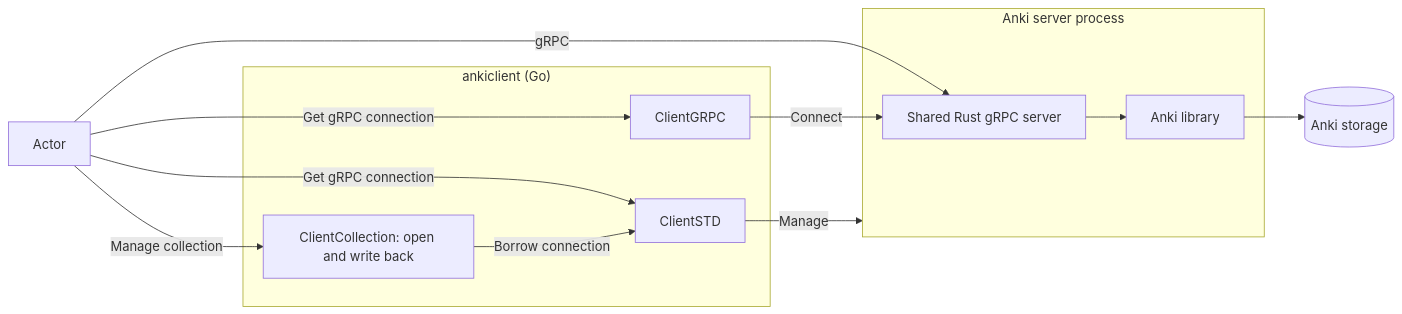
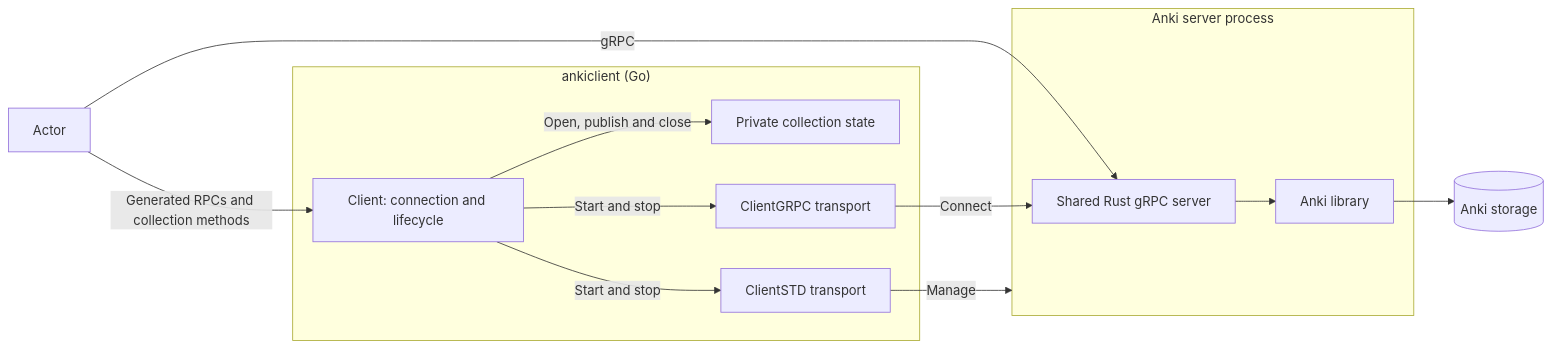
One commit to alwaldend/src changed the diagram in projects/anki_grpc/docs/architecture.mmd. Above: the diagram before and after it, drawn with Mermaid. The commit also changed 70 other files, not shown here.

```diff
--- a/projects/anki_grpc/docs/architecture.mmd
+++ b/projects/anki_grpc/docs/architecture.mmd
@@ -1,19 +1,20 @@
 flowchart LR
     actor[Actor]
     subgraph anki_grpc_library["ankiclient (Go)"]
-        backend[ClientSTD]
-        connection[ClientGRPC]
-        collection[ClientCollection: open and write back]
+        client[Client: connection and lifecycle]
+        collection[Private collection state]
+        process[ClientSTD transport]
+        connection[ClientGRPC transport]
+        client -->|Open, publish and close| collection
+        client -->|Start and stop| process
+        client -->|Start and stop| connection
     end
     subgraph anki_grpc_server["Anki server process"]
         server[Shared Rust gRPC server] --> library[Anki library]
     end
     storage[("Anki storage")]
+    actor -->|Generated RPCs and collection methods| client
     actor -->|gRPC| server
-    actor -->|Get gRPC connection| backend
-    actor -->|Get gRPC connection| connection
-    actor -->|Manage collection| collection
-    collection -->|Borrow connection| backend
     connection -->|Connect| server
-    backend -->|Manage| anki_grpc_server
+    process -->|Manage| anki_grpc_server
     library --> storage
```
